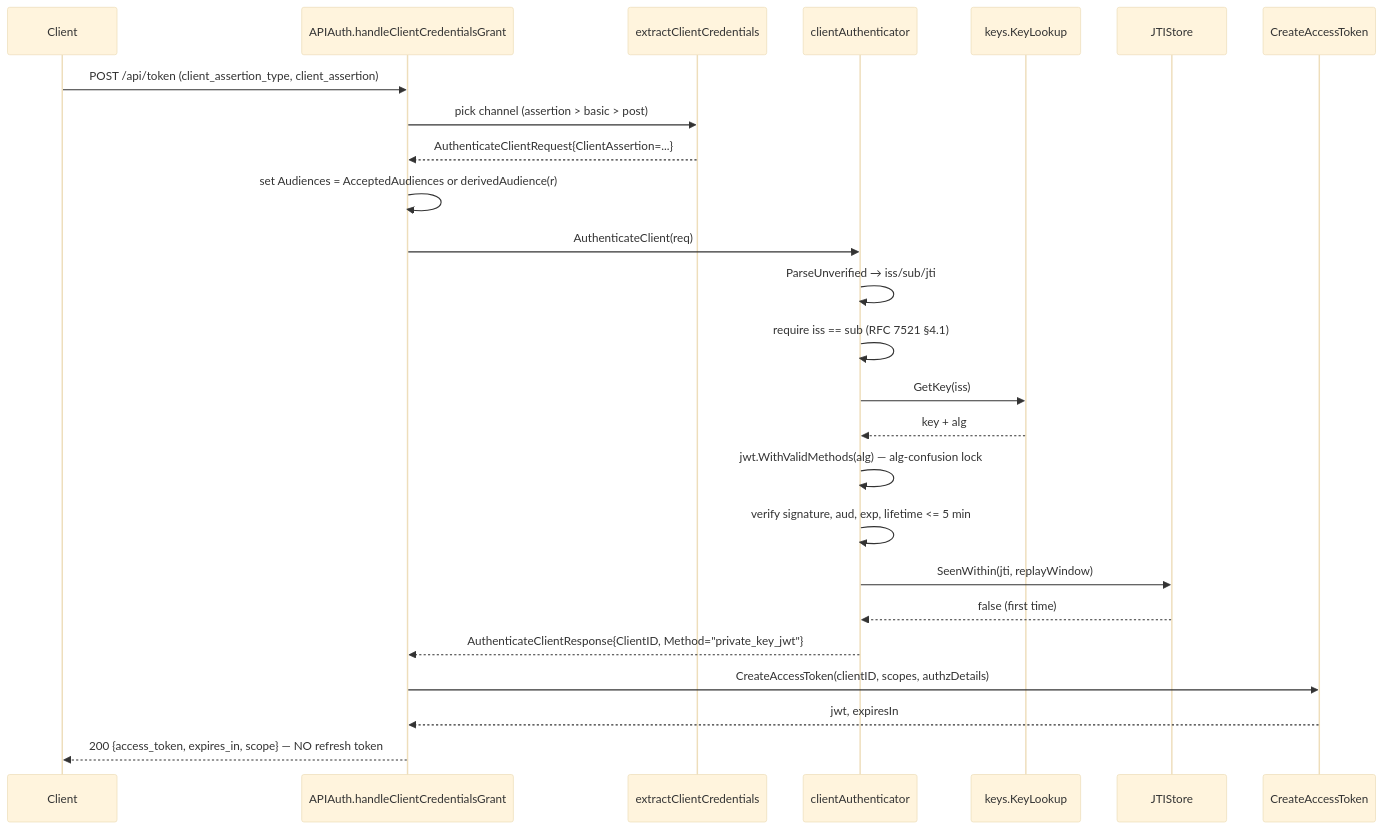
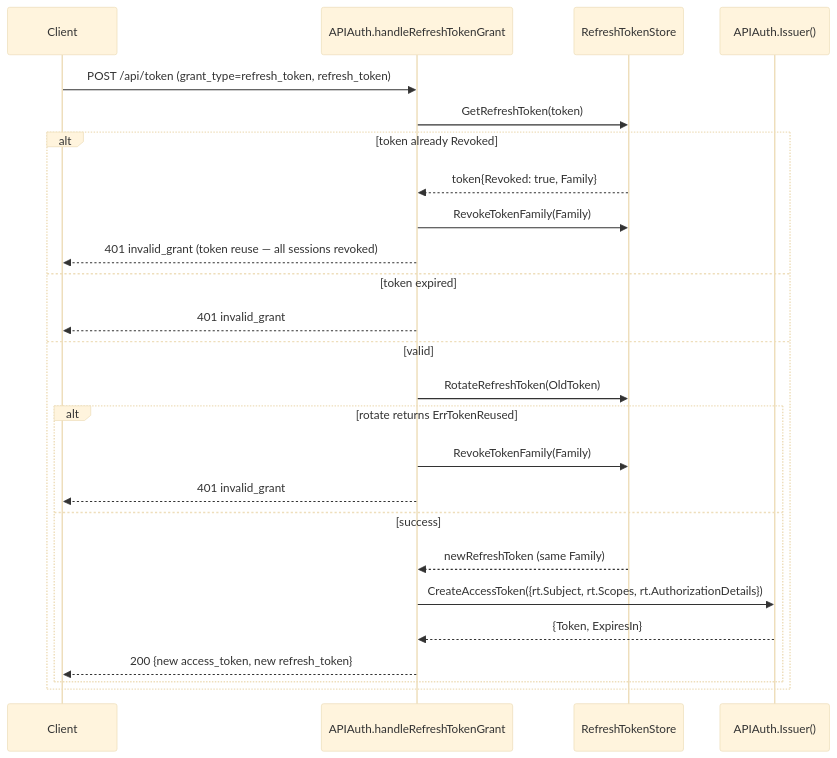
Before and after one commit to panyam/oneauth: the second of 5 diagrams in apiauth/DESIGN.md, drawn with Mermaid (base theme). The commit also changed other lines of this file and 38 other files, not shown here.

````diff
--- a/apiauth/DESIGN.md
+++ b/apiauth/DESIGN.md
@@ -112,28 +112,27 @@
 ```mermaid
 sequenceDiagram
-    participant Client
-    participant APIAuth as APIAuth.handleClientCredentialsGrant
-    participant Extract as extractClientCredentials
-    participant CA as clientAuthenticator
-    participant Keys as keys.KeyLookup
-    participant JTI as JTIStore
-    participant Sign as CreateAccessToken
-
-    Client->>APIAuth: POST /api/token (client_assertion_type, client_assertion)
-    APIAuth->>Extract: pick channel (assertion > basic > post)
-    Extract-->>APIAuth: AuthenticateClientRequest{ClientAssertion=...}
-    APIAuth->>APIAuth: set Audiences = AcceptedAudiences or derivedAudience(r)
-    APIAuth->>CA: AuthenticateClient(req)
-    CA->>CA: ParseUnverified → iss/sub/jti
-    CA->>CA: require iss == sub (RFC 7521 §4.1)
-    CA->>Keys: GetKey(iss)
-    Keys-->>CA: key + alg
-    CA->>CA: jwt.WithValidMethods(alg) — alg-confusion lock
-    CA->>CA: verify signature, aud, exp, lifetime <= 5 min
-    CA->>JTI: SeenWithin(jti, replayWindow)
-    JTI-->>CA: false (first time)
-    CA-->>APIAuth: AuthenticateClientResponse{ClientID, Method="private_key_jwt"}
-    APIAuth->>Sign: CreateAccessToken(clientID, scopes, authzDetails)
-    Sign-->>APIAuth: jwt, expiresIn
-    APIAuth-->>Client: 200 {access_token, expires_in, scope} — NO refresh token
+    participant C as Client
+    participant H as APIAuth.handleRefreshTokenGrant
+    participant RS as RefreshTokenStore
+    participant I as APIAuth.Issuer()
+    C->>H: POST /api/token (grant_type=refresh_token, refresh_token)
+    H->>RS: GetRefreshToken(token)
+    alt token already Revoked
+        RS-->>H: token{Revoked: true, Family}
+        H->>RS: RevokeTokenFamily(Family)
+        H-->>C: 401 invalid_grant (token reuse — all sessions revoked)
+    else token expired
+        H-->>C: 401 invalid_grant
+    else valid
+        H->>RS: RotateRefreshToken(OldToken)
+        alt rotate returns ErrTokenReused
+            H->>RS: RevokeTokenFamily(Family)
+            H-->>C: 401 invalid_grant
+        else success
+            RS-->>H: newRefreshToken (same Family)
+            H->>I: CreateAccessToken({rt.Subject, rt.Scopes, rt.AuthorizationDetails})
+            I-->>H: {Token, ExpiresIn}
+            H-->>C: 200 {new access_token, new refresh_token}
+        end
+    end
 ```
````
